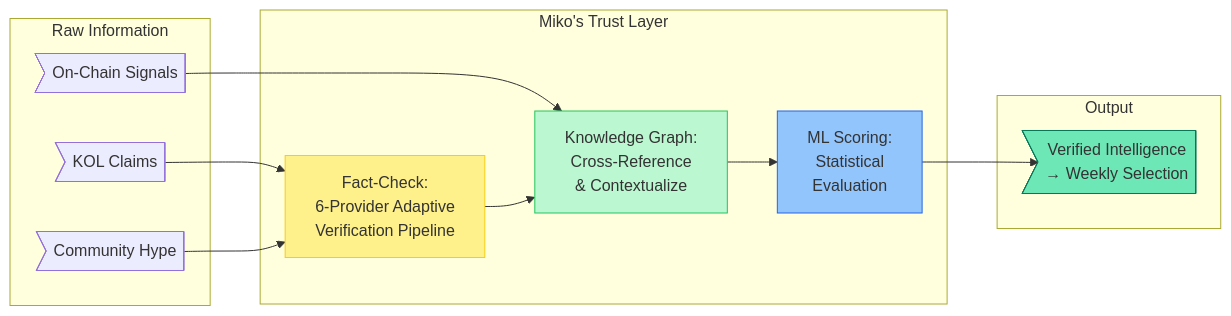
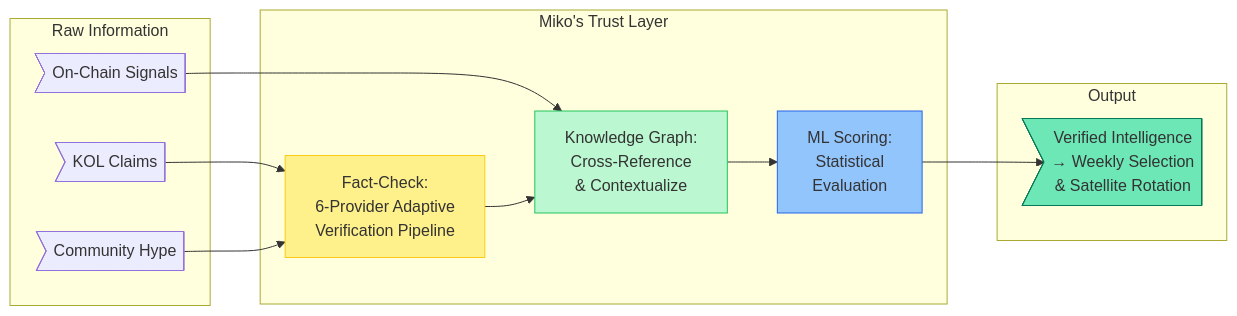
One commit to Miko-Protocol/docs changed the second of 2 diagrams in docs/introduction.md. Above: the diagram before and after it, drawn with Mermaid. The commit also changed other lines of this file and 18 other files, not shown here.

````diff
--- a/docs/introduction.md
+++ b/docs/introduction.md
@@ -74,26 +77,26 @@
 ```mermaid
 graph LR
     subgraph "Raw Information"
         A>"KOL Claims"]
         B>"Community Hype"]
         C>"On-Chain Signals"]
     end
     subgraph "Miko's Trust Layer"
         D["Fact-Check:<br/>6-Provider Adaptive<br/>Verification Pipeline"]
         E["Knowledge Graph:<br/>Cross-Reference<br/>& Contextualize"]
         F["ML Scoring:<br/>Statistical<br/>Evaluation"]
     end
     subgraph "Output"
-        G>"Verified Intelligence<br/>→ Weekly Selection"]
+        G>"Verified Intelligence<br/>→ Weekly Selection<br/>& Satellite Rotation"]
     end
     A --> D
     B --> D
     C --> E
     D --> E
     E --> F
     F --> G
     style D fill:#fef08a,stroke:#facc15
     style E fill:#bbf7d0,stroke:#22c55e
     style F fill:#93c5fd,stroke:#2563eb
     style G fill:#6ee7b7,stroke:#047857
 ```
````
